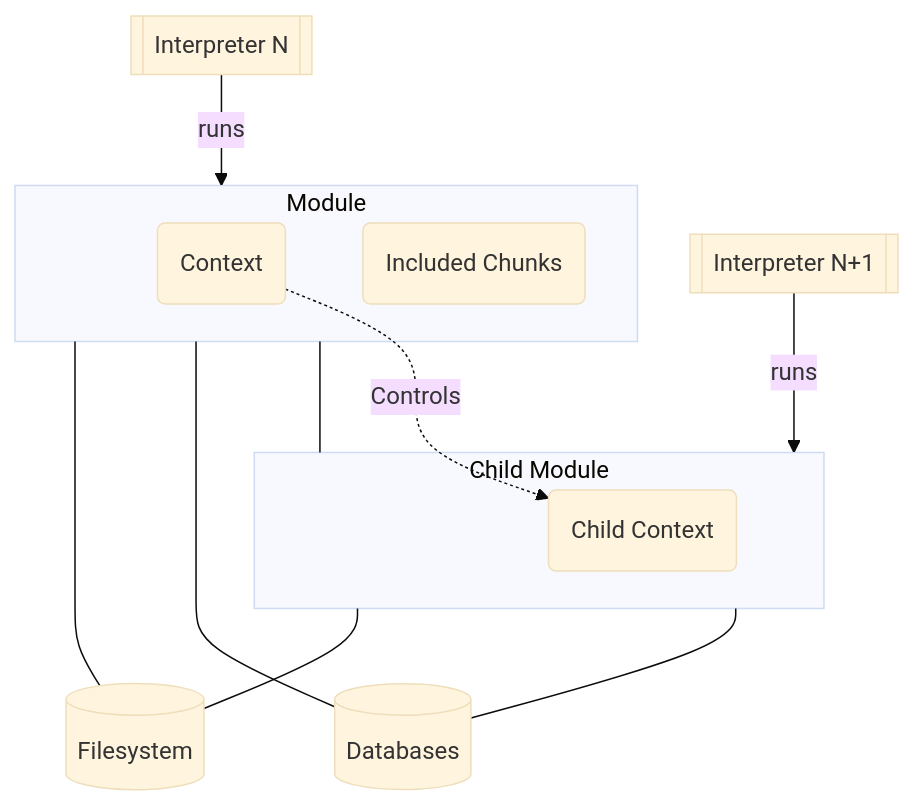
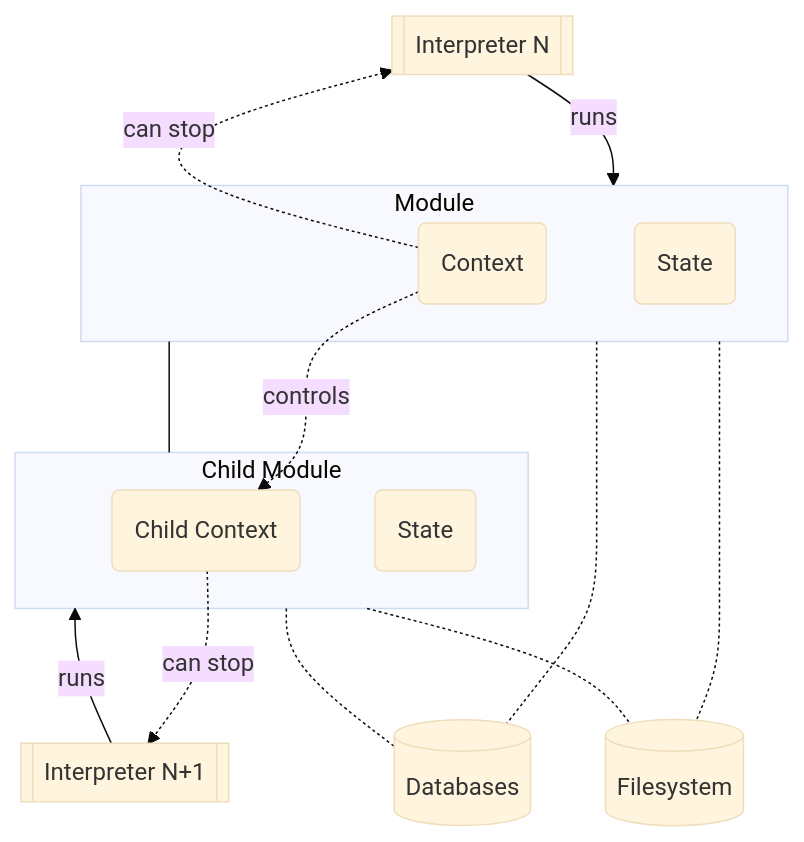
Before and after one commit to inoxlang/inox: the first of 5 diagrams in internal/core/README.md, drawn with Mermaid (base theme). The commit also changed other lines of this file, not shown here.

Commit message:
docs/internal: update

````diff
--- a/internal/core/README.md
+++ b/internal/core/README.md
@@ -50,29 +50,32 @@
 ```mermaid
 graph TD
     Interpreter0[[Interpreter N]]
     Interpreter0 --> |runs| Mod
 
     Interpreter1[[Interpreter N+1]] --> |runs| ChildMod
 
 ChildMod(Child Module)
 DBs[(Databases)]
 VFs[(Filesystem)]
 
 subgraph Mod[Module]
-  Context(Context)
-  IncludesFiles(Included Chunks)
+    Context(Context)
+    State0(State)
 end
 
 subgraph ChildMod[Child Module]
-  ChildContext(Child Context)
+    ChildContext(Child Context)
+    State1(State)
 end
 
 
 Mod(Module)
 Mod --- ChildMod; 
-Mod --- DBs
-ChildMod --- DBs
-Mod --- VFs
-ChildMod --- VFs
-Context -.->|Controls| ChildContext
+Mod -.- DBs
+ChildMod -.- DBs
+Mod -.- VFs
+ChildMod -.- VFs
+Context -.->|controls| ChildContext
+Context -.->|can stop| Interpreter0
+ChildContext -.->|can stop| Interpreter1
 ```
````
